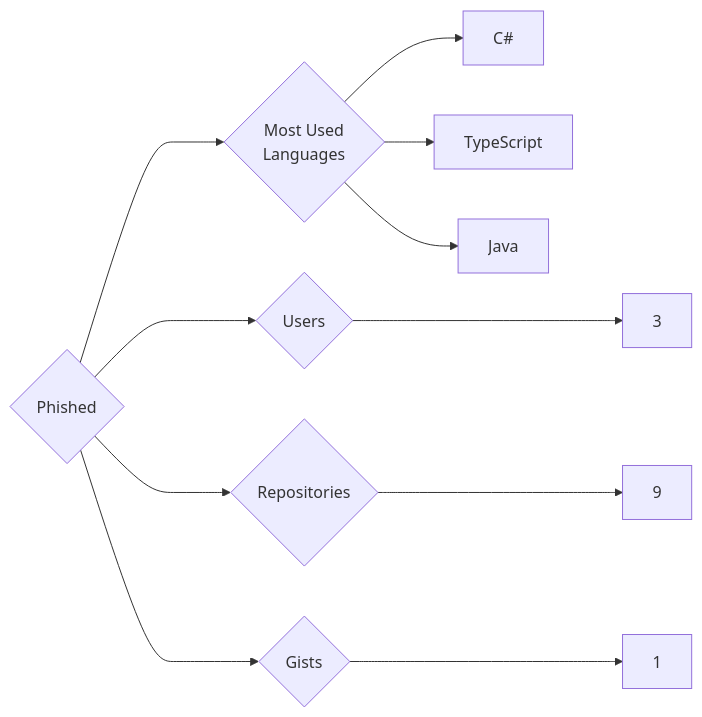
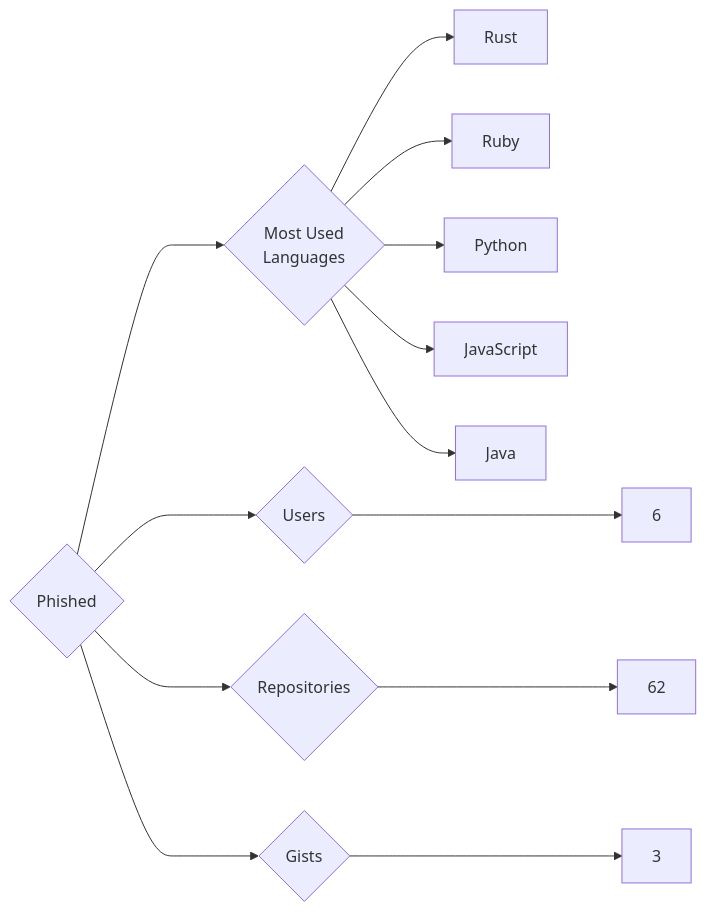
The diagram in targets/Phished/README.md (trickest/insiders), drawn with Mermaid before and after one commit. The commit also changed 1696 other files, not shown here.

````diff
--- a/targets/Phished/README.md
+++ b/targets/Phished/README.md
@@ -3,11 +3,13 @@
 ```mermaid
 graph LR
 COMPANY_NAME{Phished}
-COMPANY_NAME ---> U{Users} ---> UN[3]
-COMPANY_NAME ---> R{Repositories} ---> RN[9]
-COMPANY_NAME ---> G{Gists} ---> GN[1]
+COMPANY_NAME ---> U{Users} ---> UN[6]
+COMPANY_NAME ---> R{Repositories} ---> RN[62]
+COMPANY_NAME ---> G{Gists} ---> GN[3]
 COMPANY_NAME ---> ML{Most Used<br>Languages}
-ML --> C#[C#]
-ML --> TypeScript[TypeScript]
+ML --> Rust[Rust]
+ML --> Ruby[Ruby]
+ML --> Python[Python]
+ML --> JavaScript[JavaScript]
 ML --> Java[Java]
 ```
````
